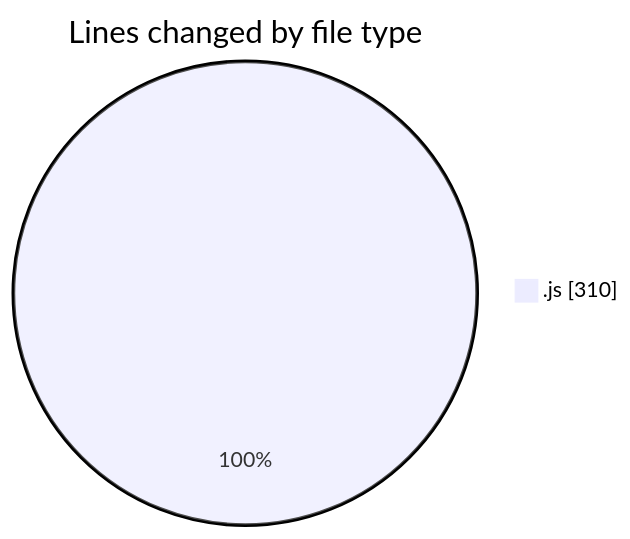
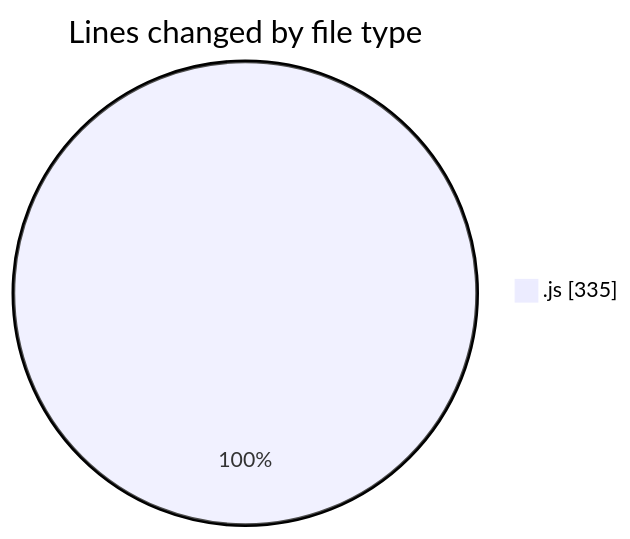
Before and after one commit to momahboobian/code-tracking: the first of 2 diagrams in 2025-03-11/cda/README.md, drawn with Mermaid. The commit also changed other lines of this file and 1 other file, not shown here.

````diff
--- a/2025-03-11/cda/README.md
+++ b/2025-03-11/cda/README.md
@@ -22,5 +23,5 @@
 ```mermaid
 pie showData
 title Lines changed by file type
-".js" : 310
+".js" : 335
 ```
````
